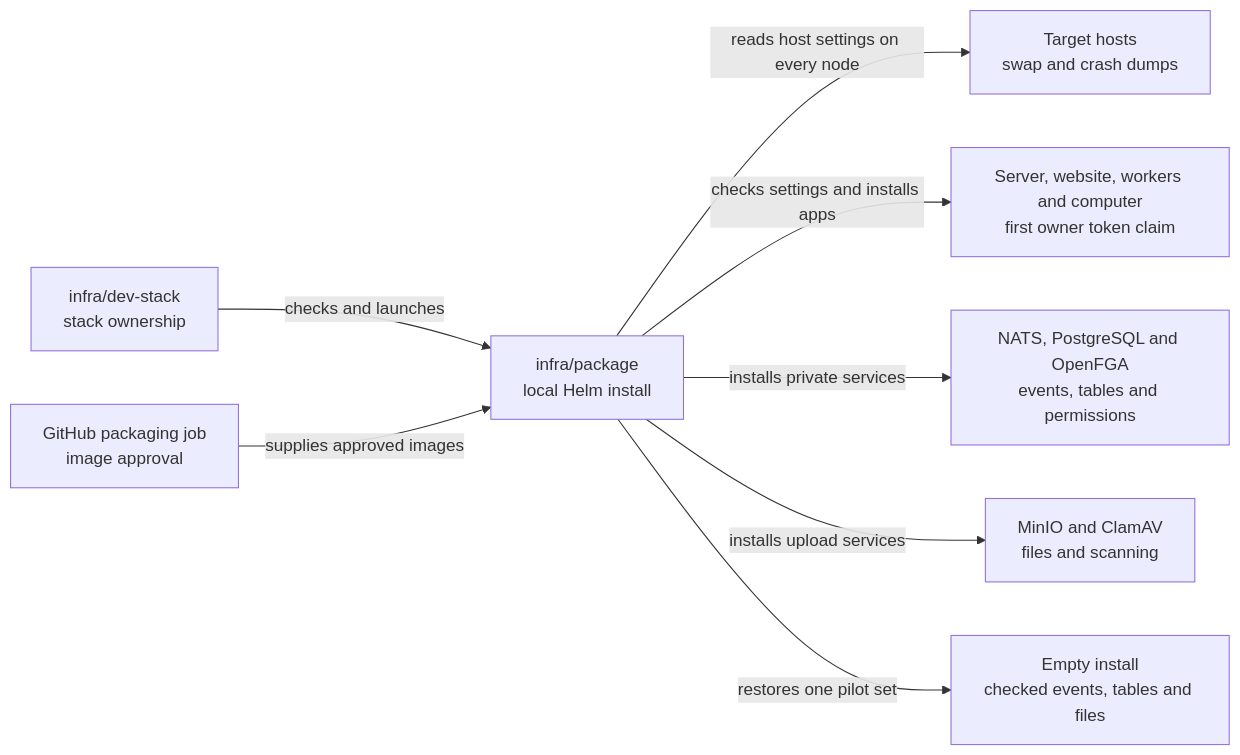
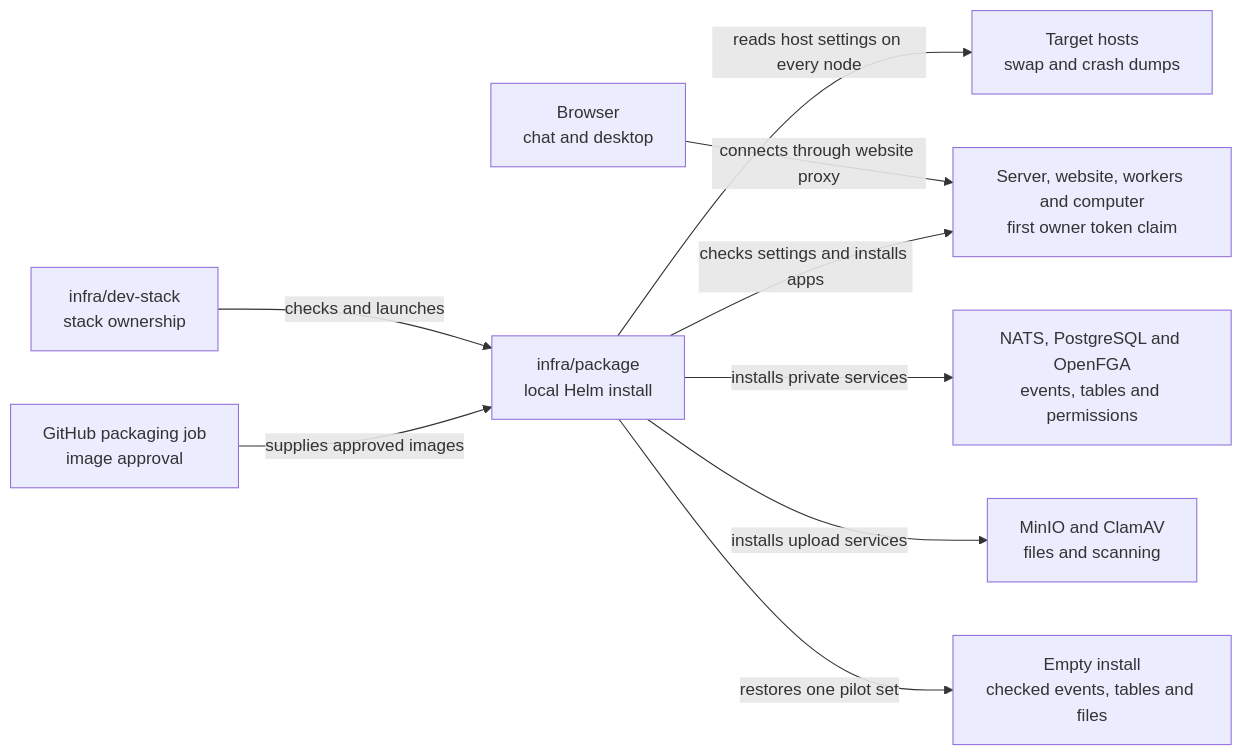
One commit to elewa-git/opencrane-new changed the diagram in infra/package/README.md. Above: the diagram before and after it, drawn with Mermaid. The commit also changed other lines of this file and 246 other files, not shown here.

````diff
--- a/infra/package/README.md
+++ b/infra/package/README.md
@@ -18,10 +18,11 @@
 ```mermaid
 flowchart LR
   stack["infra/dev-stack<br/>stack ownership"] -->|checks and launches| package["infra/package<br/>local Helm install"]
   packaging["GitHub packaging job<br/>image approval"] -->|supplies approved images| package
   package -->|reads host settings on every node| hosts["Target hosts<br/>swap and crash dumps"]
+  browser["Browser<br/>chat and desktop"] -->|connects through website proxy| apps
   package -->|checks settings and installs apps| apps["Server, website, workers and computer<br/>first owner token claim"]
   package -->|installs private services| services["NATS, PostgreSQL and OpenFGA<br/>events, tables and permissions"]
   package -->|installs upload services| files["MinIO and ClamAV<br/>files and scanning"]
   package -->|restores one pilot set| restore["Empty install<br/>checked events, tables and files"]
 ```
````
